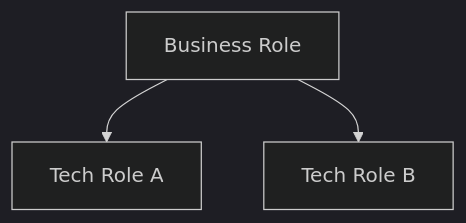
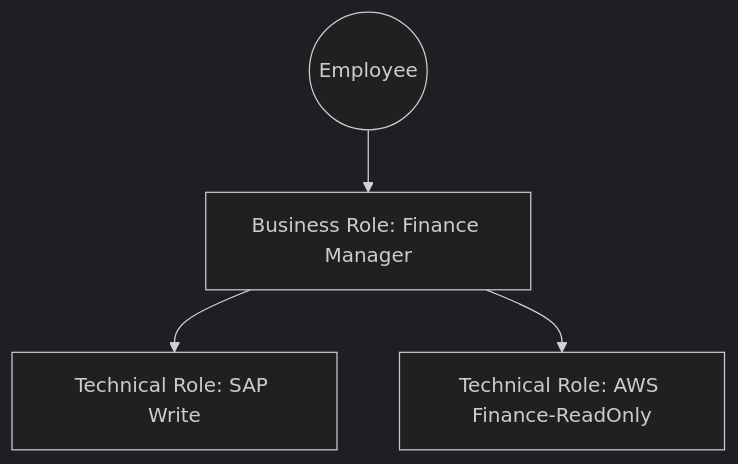
The fourth of 30 diagrams in README.md (Devopstrio/identity-governance-framework), drawn with Mermaid (dark theme) before and after one commit. The commit also changed other lines of this file, not shown here.

Commit message:
docs: finalize premium institutional-grade README with 30+ diagrams and executive summary

````diff
--- a/README.md
+++ b/README.md
@@ -50,5 +125,10 @@
 ```mermaid
 graph TD
-    Bus[Business Role] --> Tech1[Tech Role A]
-    Bus --> Tech2[Tech Role B]
+    Business[Business Role: Finance Manager]
+    Technical1[Technical Role: SAP Write]
+    Technical2[Technical Role: AWS Finance-ReadOnly]
+    
+    Business --> Technical1
+    Business --> Technical2
+    User((Employee)) --> Business
 ```
````
